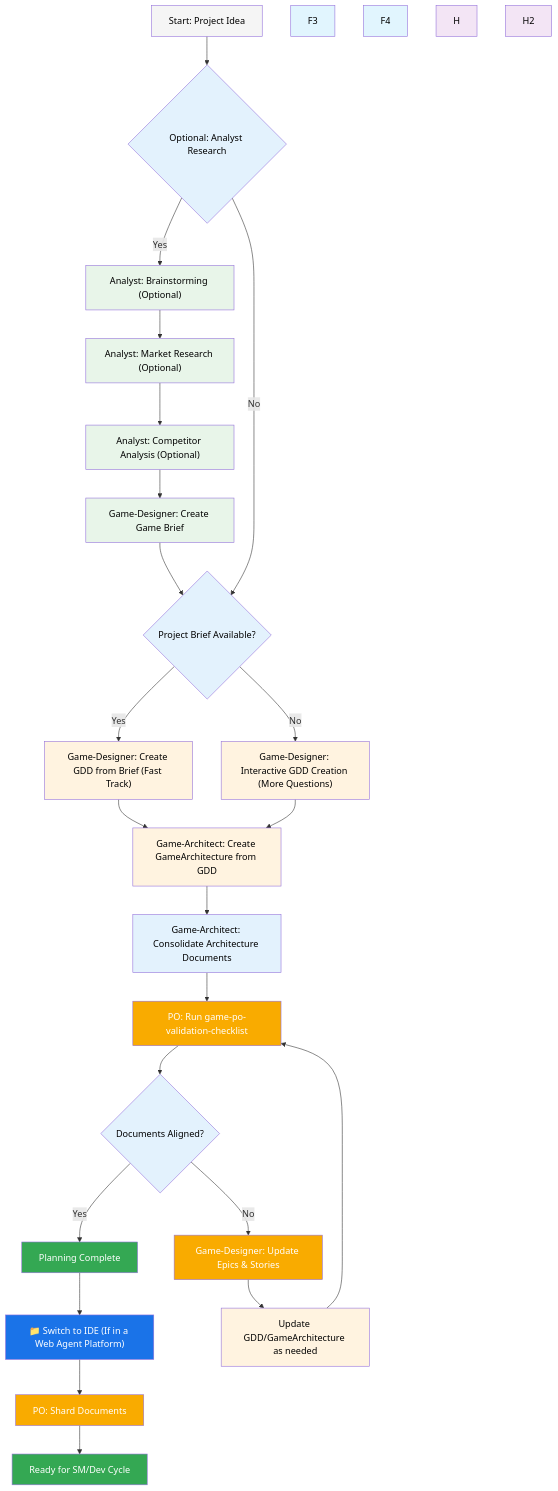
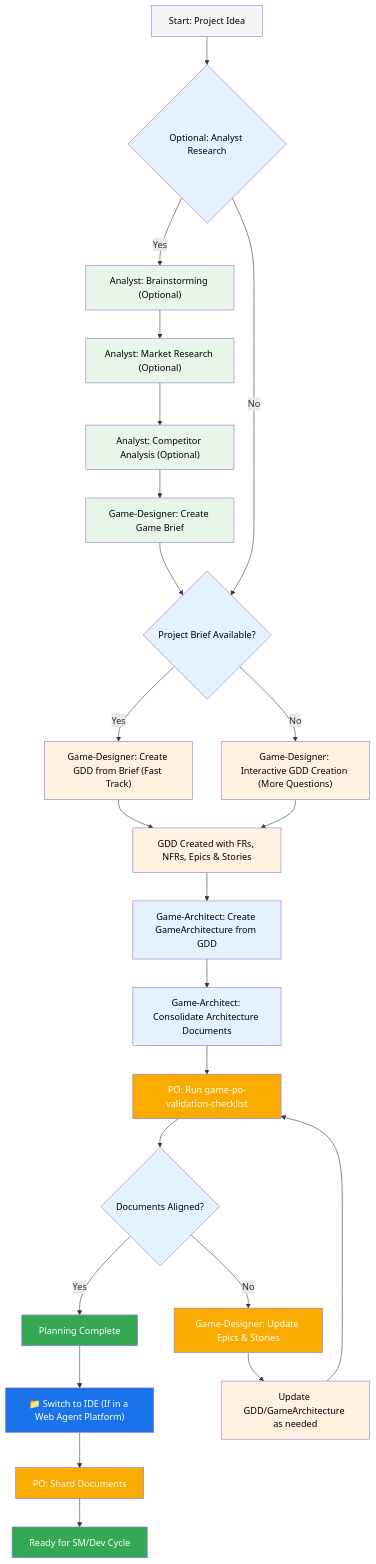
The first of 2 diagrams in expansion-packs/bmad-unity-game-dev/README.md (pbean/BMAD-METHOD), drawn with Mermaid before and after one commit. The commit also changed other lines of this file and 3 other files, not shown here.

````diff
--- a/expansion-packs/bmad-unity-game-dev/README.md
+++ b/expansion-packs/bmad-unity-game-dev/README.md
@@ -14,48 +14,46 @@
 ```mermaid
 graph TD
     A["Start: Project Idea"] --> B{"Optional: Analyst Research"}
     B -->|Yes| C["Analyst: Brainstorming (Optional)"]
     B -->|No| G{"Project Brief Available?"}
     C --> C2["Analyst: Market Research (Optional)"]
     C2 --> C3["Analyst: Competitor Analysis (Optional)"]
     C3 --> D["Game-Designer: Create Game Brief"]
     D --> G
     G -->|Yes| E["Game-Designer: Create GDD from Brief (Fast Track)"]
     G -->|No| E2["Game-Designer: Interactive GDD Creation (More Questions)"]
     E --> F["GDD Created with FRs, NFRs, Epics & Stories"]
     E2 --> F
-    F["Game-Architect: Create GameArchitecture from GDD"] --> F2["Game-Architect: Consolidate Architecture Documents"]
+    F --> F1["Game-Architect: Create GameArchitecture from GDD"]
+    F1 --> F2["Game-Architect: Consolidate Architecture Documents"]
     F2 --> I["PO: Run game-po-validation-checklist"]
     I --> J{"Documents Aligned?"}
     J -->|Yes| K["Planning Complete"]
     J -->|No| L["Game-Designer: Update Epics & Stories"]
     L --> M["Update GDD/GameArchitecture as needed"]
     M --> I
     K --> N["📁 Switch to IDE (If in a Web Agent Platform)"]
     N --> O["PO: Shard Documents"]
     O --> P["Ready for SM/Dev Cycle"]
 
     style A fill:#f5f5f5,color:#000
     style B fill:#e3f2fd,color:#000
     style C fill:#e8f5e9,color:#000
     style C2 fill:#e8f5e9,color:#000
     style C3 fill:#e8f5e9,color:#000
     style D fill:#e8f5e9,color:#000
     style E fill:#fff3e0,color:#000
     style E2 fill:#fff3e0,color:#000
     style F fill:#fff3e0,color:#000
+    style F1 fill:#e3f2fd,color:#000
     style F2 fill:#e3f2fd,color:#000
-    style F3 fill:#e1f5fe,color:#000
-    style F4 fill:#e1f5fe,color:#000
     style G fill:#e3f2fd,color:#000
-    style H fill:#f3e5f5,color:#000
-    style H2 fill:#f3e5f5,color:#000
     style I fill:#f9ab00,color:#fff
     style J fill:#e3f2fd,color:#000
     style K fill:#34a853,color:#fff
     style L fill:#f9ab00,color:#fff
     style M fill:#fff3e0,color:#000
     style N fill:#1a73e8,color:#fff
     style O fill:#f9ab00,color:#fff
     style P fill:#34a853,color:#fff
 ```
````
